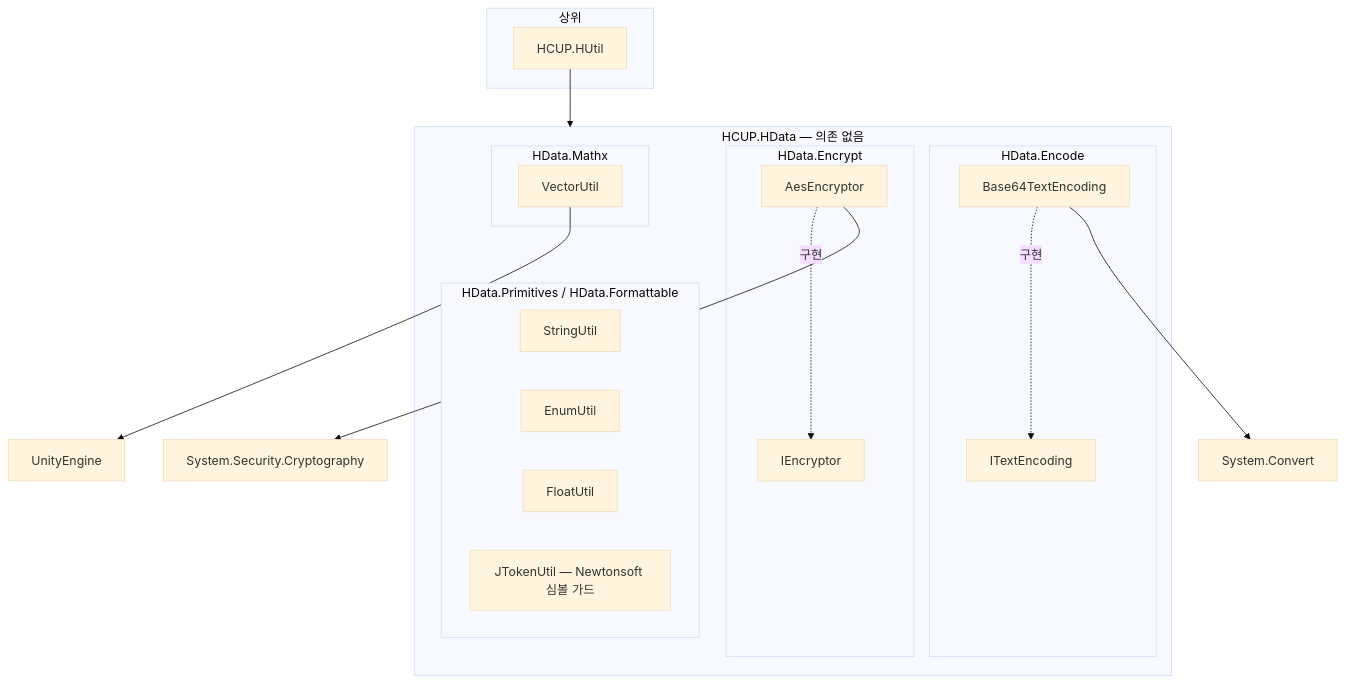
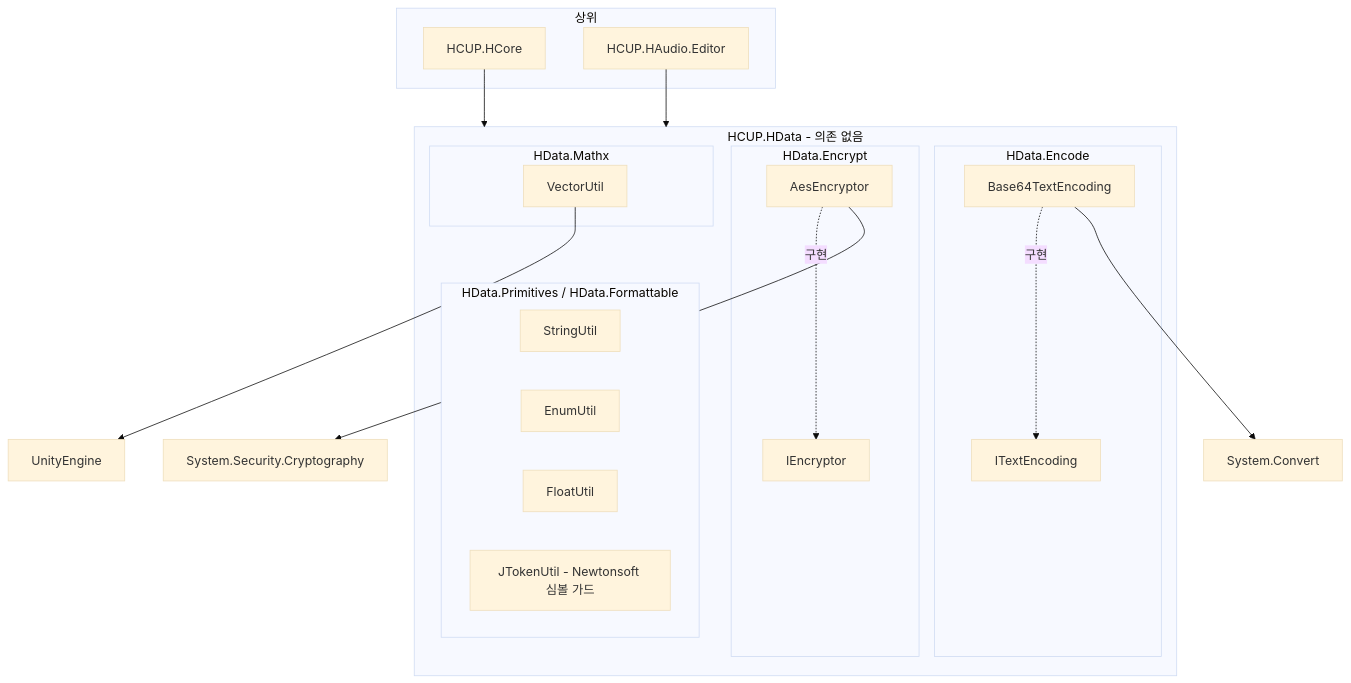
The first of 2 diagrams in HData/Runtime/README.md (HoHong123/HCUP-Unity), drawn with Mermaid (base theme) before and after one commit. The commit also changed other lines of this file, not shown here.

Commit message:
[Docs] 📝 21.09.26 Refresh HData/Runtime README against current code and move stale notes to history

````diff
--- a/HData/Runtime/README.md
+++ b/HData/Runtime/README.md
@@ -46,33 +45,35 @@
 ```mermaid
 flowchart TD
-    subgraph HData["HCUP.HData — 의존 없음"]
+    subgraph HData["HCUP.HData - 의존 없음"]
     subgraph Enc["HData.Encode"]
     ITE["ITextEncoding"]
     B64["Base64TextEncoding"]
     end
     subgraph Cry["HData.Encrypt"]
     IE["IEncryptor"]
     AES["AesEncryptor"]
     end
     subgraph Prim["HData.Primitives / HData.Formattable"]
     SU["StringUtil"]
     EU["EnumUtil"]
     FU["FloatUtil"]
-    JU["JTokenUtil — Newtonsoft 심볼 가드"]
+    JU["JTokenUtil - Newtonsoft 심볼 가드"]
     end
     subgraph Math["HData.Mathx"]
     VU["VectorUtil"]
     end
     end
 
     B64 -.->|구현| ITE
     AES -.->|구현| IE
     B64 --> SYS["System.Convert"]
     AES --> CRYPTO["System.Security.Cryptography"]
     VU --> UE["UnityEngine"]
 
     subgraph Up["상위"]
-    HU["HCUP.HUtil"]
+    HC["HCUP.HCore"]
+    HAE["HCUP.HAudio.Editor"]
     end
-    HU --> HData
+    HC --> HData
+    HAE --> HData
 ```
````
